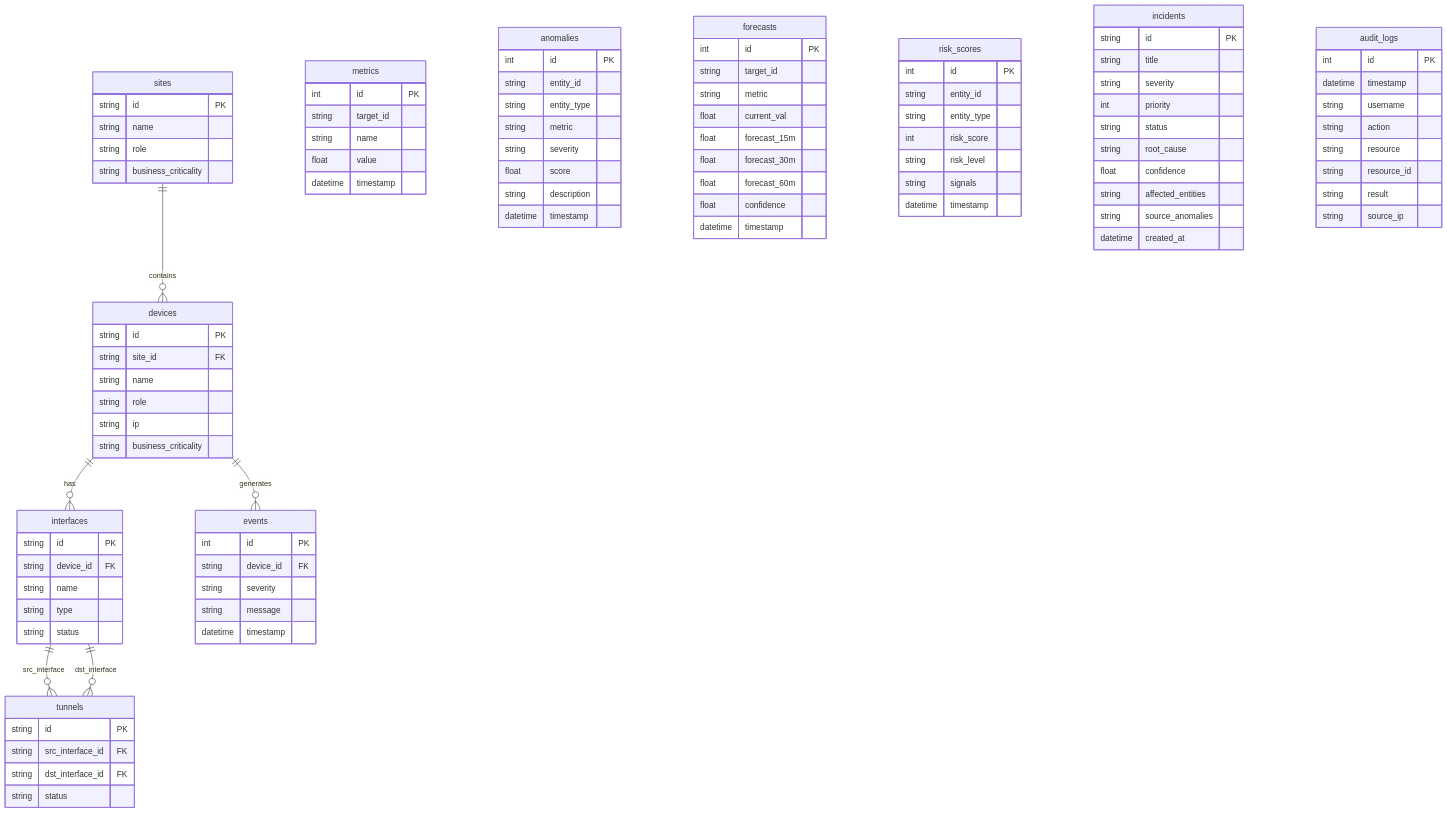
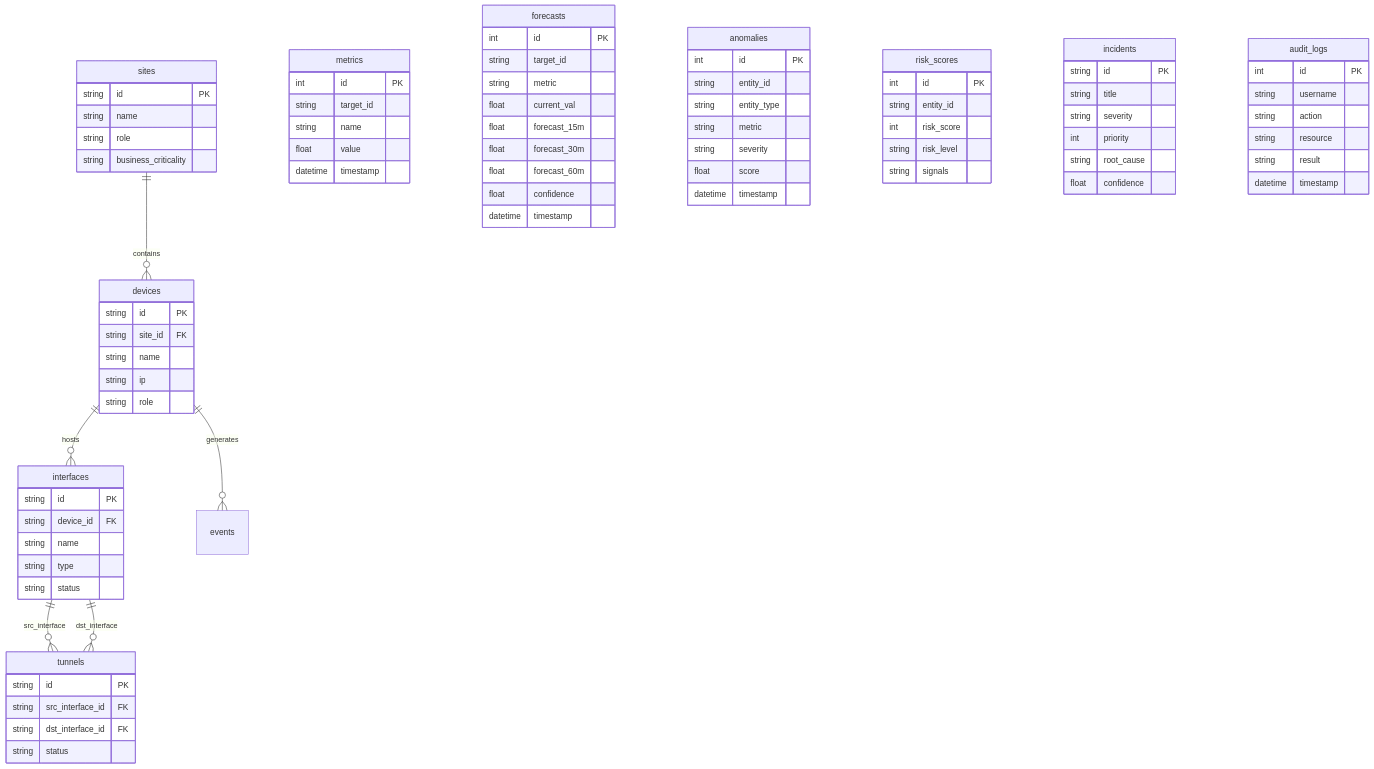
Before and after one commit to ayushkumar2601/Plutopus: the seventh of 7 diagrams in README.md, drawn with Mermaid. The commit also changed other lines of this file, not shown here.

Commit message:
docs: revamp README with high-impact architecture, predictive AI and air-gap specs

````diff
--- a/README.md
+++ b/README.md
@@ -580,5 +467,11 @@
 ```mermaid
 erDiagram
+    sites ||--o{ devices : "contains"
+    devices ||--o{ interfaces : "hosts"
+    devices ||--o{ events : "generates"
+    interfaces ||--o{ tunnels : "src_interface"
+    interfaces ||--o{ tunnels : "dst_interface"
+
     sites {
         string id PK
         string name
@@ -589,9 +482,8 @@
         string id PK
         string site_id FK
         string name
+        string ip
         string role
-        string ip
-        string business_criticality
     }
     interfaces {
         string id PK
@@ -613,23 +505,6 @@
         float value
         datetime timestamp
     }
-    events {
-        int id PK
-        string device_id FK
-        string severity
-        string message
-        datetime timestamp
-    }
-    anomalies {
-        int id PK
-        string entity_id
-        string entity_type
-        string metric
-        string severity
-        float score
-        string description
-        datetime timestamp
-    }
     forecasts {
         int id PK
         string target_id
@@ -641,41 +516,36 @@
         float confidence
         datetime timestamp
     }
+    anomalies {
+        int id PK
+        string entity_id
+        string entity_type
+        string metric
+        string severity
+        float score
+        datetime timestamp
+    }
     risk_scores {
         int id PK
         string entity_id
-        string entity_type
         int risk_score
         string risk_level
         string signals
-        datetime timestamp
     }
     incidents {
         string id PK
         string title
         string severity
         int priority
-        string status
         string root_cause
         float confidence
-        string affected_entities
-        string source_anomalies
-        datetime created_at
     }
     audit_logs {
         int id PK
-        datetime timestamp
         string username
         string action
         string resource
-        string resource_id
         string result
-        string source_ip
+        datetime timestamp
     }
-
-    sites ||--o{ devices : "contains"
-    devices ||--o{ interfaces : "has"
-    devices ||--o{ events : "generates"
-    interfaces ||--o{ tunnels : "src_interface"
-    interfaces ||--o{ tunnels : "dst_interface"
 ```
````
